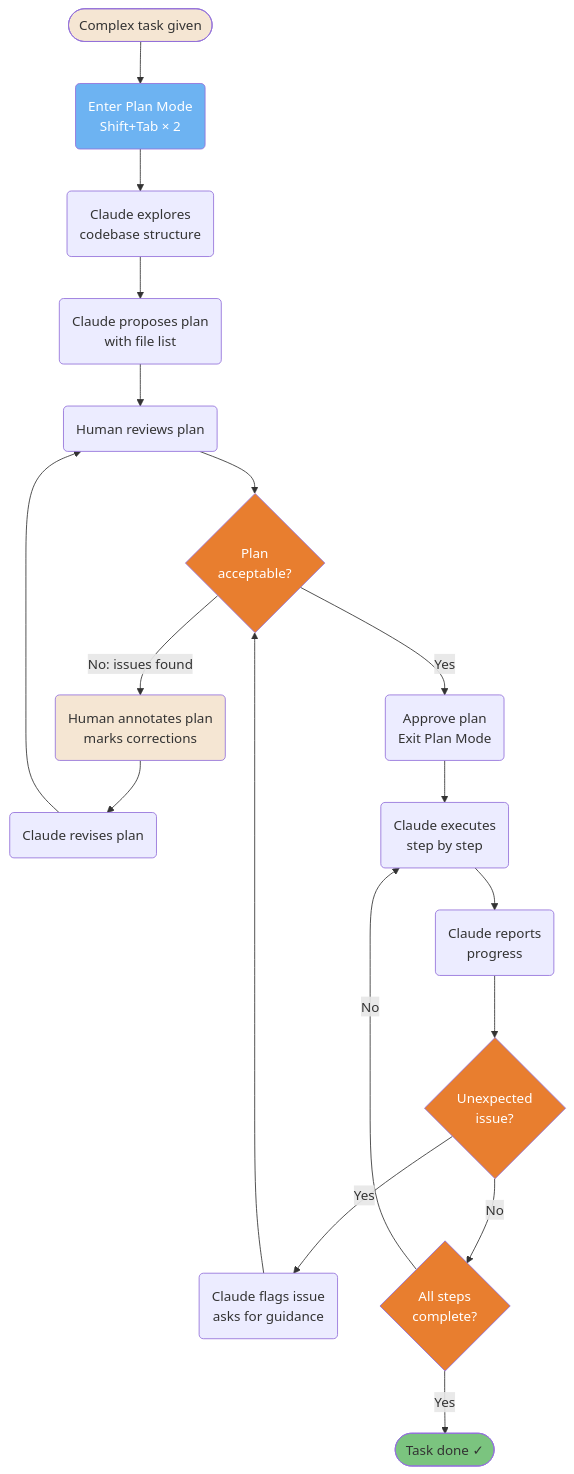
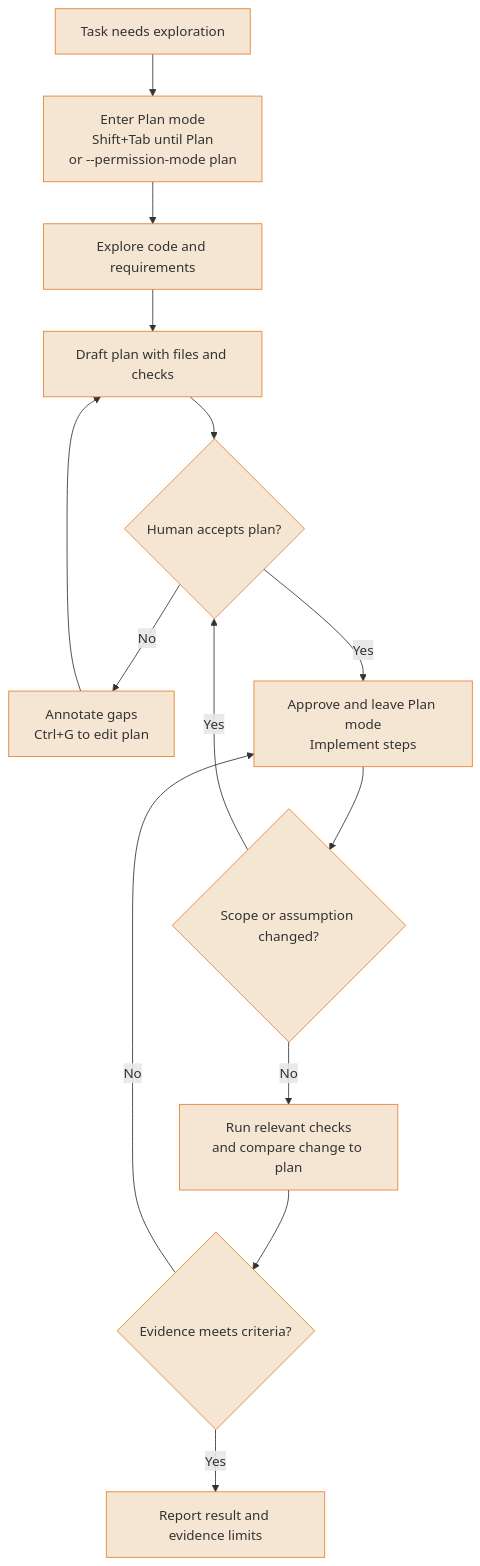
One commit to FlorianBruniaux/claude-code-ultimate-guide changed the third of 5 diagrams in guide/diagrams/06-development-workflows.md. Above: the diagram before and after it, drawn with Mermaid. The commit also changed other lines of this file and 17 other files, not shown here.

Commit message:
docs: refresh all diagrams and correct their source guidance

````diff
--- a/guide/diagrams/06-development-workflows.md
+++ b/guide/diagrams/06-development-workflows.md
@@ -196,44 +150,28 @@
 ```mermaid
 flowchart TD
-    A([Complex task given]) --> B(Enter Plan Mode<br/>Shift+Tab × 2)
-    B --> C(Claude explores<br/>codebase structure)
-    C --> D(Claude proposes plan<br/>with file list)
-    D --> E(Human reviews plan)
-    E --> F{Plan<br/>acceptable?}
-    F -->|No: issues found| G(Human annotates plan<br/>marks corrections)
-    G --> H(Claude revises plan)
-    H --> E
-    F -->|Yes| I(Approve plan<br/>Exit Plan Mode)
-    I --> J(Claude executes<br/>step by step)
-    J --> K(Claude reports<br/>progress)
-    K --> L{Unexpected<br/>issue?}
-    L -->|Yes| M(Claude flags issue<br/>asks for guidance)
-    M --> F
-    L -->|No| N{All steps<br/>complete?}
-    N -->|No| J
-    N -->|Yes| O([Task done ✓])
-
-    style A fill:#F5E6D3,color:#333
-    style B fill:#6DB3F2,color:#fff
-    style F fill:#E87E2F,color:#fff
-    style L fill:#E87E2F,color:#fff
-    style N fill:#E87E2F,color:#fff
-    style G fill:#F5E6D3,color:#333
-    style O fill:#7BC47F,color:#333
-
-    click A href "https://github.com/FlorianBruniaux/claude-code-ultimate-guide/blob/main/guide/workflows/plan-driven.md" "Complex task given"
-    click B href "https://github.com/FlorianBruniaux/claude-code-ultimate-guide/blob/main/guide/ultimate-guide.md#23-plan-mode" "Enter Plan Mode"
-    click C href "https://github.com/FlorianBruniaux/claude-code-ultimate-guide/blob/main/guide/workflows/plan-driven.md" "Claude explores codebase"
-    click D href "https://github.com/FlorianBruniaux/claude-code-ultimate-guide/blob/main/guide/workflows/plan-driven.md" "Claude proposes plan"
-    click E href "https://github.com/FlorianBruniaux/claude-code-ultimate-guide/blob/main/guide/workflows/plan-driven.md" "Human reviews plan"
-    click F href "https://github.com/FlorianBruniaux/claude-code-ultimate-guide/blob/main/guide/workflows/plan-driven.md" "Plan acceptable?"
-    click G href "https://github.com/FlorianBruniaux/claude-code-ultimate-guide/blob/main/guide/workflows/plan-driven.md" "Human annotates plan"
-    click H href "https://github.com/FlorianBruniaux/claude-code-ultimate-guide/blob/main/guide/workflows/plan-driven.md" "Claude revises plan"
-    click I href "https://github.com/FlorianBruniaux/claude-code-ultimate-guide/blob/main/guide/ultimate-guide.md#23-plan-mode" "Approve plan — Exit Plan Mode"
-    click J href "https://github.com/FlorianBruniaux/claude-code-ultimate-guide/blob/main/guide/workflows/plan-driven.md" "Claude executes step by step"
-    click K href "https://github.com/FlorianBruniaux/claude-code-ultimate-guide/blob/main/guide/workflows/plan-driven.md" "Claude reports progress"
-    click L href "https://github.com/FlorianBruniaux/claude-code-ultimate-guide/blob/main/guide/workflows/plan-driven.md" "Unexpected issue?"
-    click M href "https://github.com/FlorianBruniaux/claude-code-ultimate-guide/blob/main/guide/workflows/plan-driven.md" "Claude flags issue"
-    click N href "https://github.com/FlorianBruniaux/claude-code-ultimate-guide/blob/main/guide/workflows/plan-driven.md" "All steps complete?"
-    click O href "https://github.com/FlorianBruniaux/claude-code-ultimate-guide/blob/main/guide/workflows/plan-driven.md" "Task done ✓"
+    TASK["Task needs exploration"] --> PLAN["Enter Plan mode<br/>Shift+Tab until Plan<br/>or --permission-mode plan"]
+    PLAN --> EXPLORE["Explore code and requirements"]
+    EXPLORE --> DRAFT["Draft plan with files and checks"]
+    DRAFT --> HUMAN{"Human accepts plan?"}
+    HUMAN -->|No| ANNOTATE["Annotate gaps<br/>Ctrl+G to edit plan"]
+    ANNOTATE --> DRAFT
+    HUMAN -->|Yes| EXEC["Approve and leave Plan mode<br/>Implement steps"]
+    EXEC --> ISSUE{"Scope or assumption changed?"}
+    ISSUE -->|Yes| HUMAN
+    ISSUE -->|No| VERIFY["Run relevant checks<br/>and compare change to plan"]
+    VERIFY --> DONE{"Evidence meets criteria?"}
+    DONE -->|No| EXEC
+    DONE -->|Yes| END["Report result and evidence limits"]
+    classDef default fill:#F5E6D3,color:#333,stroke:#E87E2F
+    click TASK href "https://github.com/FlorianBruniaux/claude-code-ultimate-guide/blob/main/guide/workflows/plan-driven.md" "View this pattern in the guide"
+    click PLAN href "https://github.com/FlorianBruniaux/claude-code-ultimate-guide/blob/main/guide/workflows/plan-driven.md" "View this pattern in the guide"
+    click EXPLORE href "https://github.com/FlorianBruniaux/claude-code-ultimate-guide/blob/main/guide/workflows/plan-driven.md" "View this pattern in the guide"
+    click DRAFT href "https://github.com/FlorianBruniaux/claude-code-ultimate-guide/blob/main/guide/workflows/plan-driven.md" "View this pattern in the guide"
+    click HUMAN href "https://github.com/FlorianBruniaux/claude-code-ultimate-guide/blob/main/guide/workflows/plan-driven.md" "View this pattern in the guide"
+    click ANNOTATE href "https://github.com/FlorianBruniaux/claude-code-ultimate-guide/blob/main/guide/workflows/plan-driven.md" "View this pattern in the guide"
+    click EXEC href "https://github.com/FlorianBruniaux/claude-code-ultimate-guide/blob/main/guide/workflows/plan-driven.md" "View this pattern in the guide"
+    click ISSUE href "https://github.com/FlorianBruniaux/claude-code-ultimate-guide/blob/main/guide/workflows/plan-driven.md" "View this pattern in the guide"
+    click VERIFY href "https://github.com/FlorianBruniaux/claude-code-ultimate-guide/blob/main/guide/workflows/plan-driven.md" "View this pattern in the guide"
+    click DONE href "https://github.com/FlorianBruniaux/claude-code-ultimate-guide/blob/main/guide/workflows/plan-driven.md" "View this pattern in the guide"
+    click END href "https://github.com/FlorianBruniaux/claude-code-ultimate-guide/blob/main/guide/workflows/plan-driven.md" "View this pattern in the guide"
 ```
````
